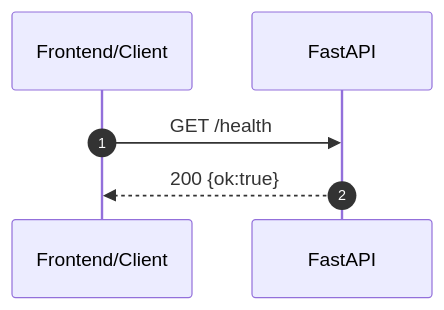
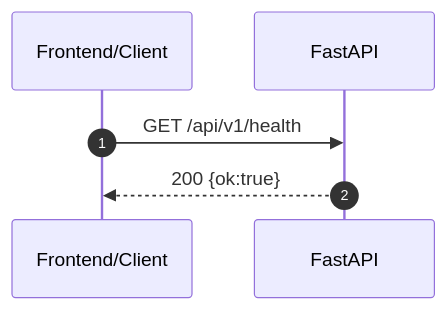
One commit to 5avvadaJ1r0/people_relation changed the first of 8 diagrams in doc/api.md. Above: the diagram before and after it, drawn with Mermaid. The commit also changed other lines of this file and 60 other files, not shown here.

````diff
--- a/doc/api.md
+++ b/doc/api.md
@@ -160,9 +177,9 @@
 ```mermaid
 sequenceDiagram
     autonumber
     participant FE as Frontend/Client
     participant API as FastAPI
 
-    FE->>API: GET /health
+    FE->>API: GET /api/v1/health
     API-->>FE: 200 {ok:true}
 ```
````
